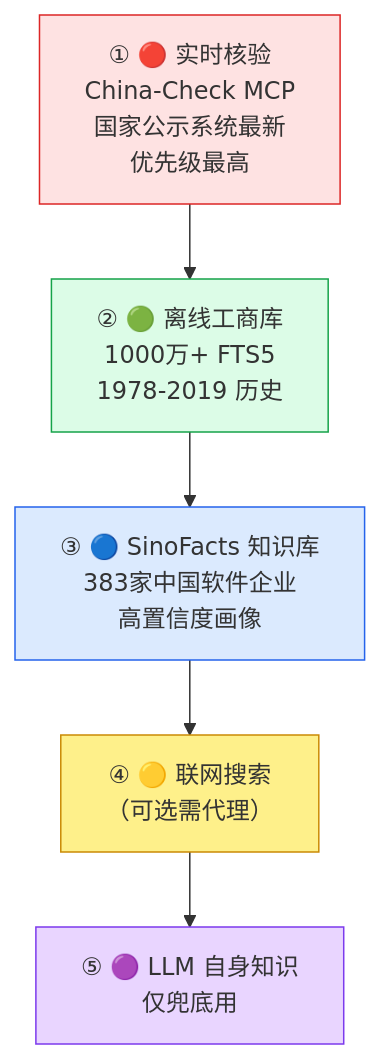
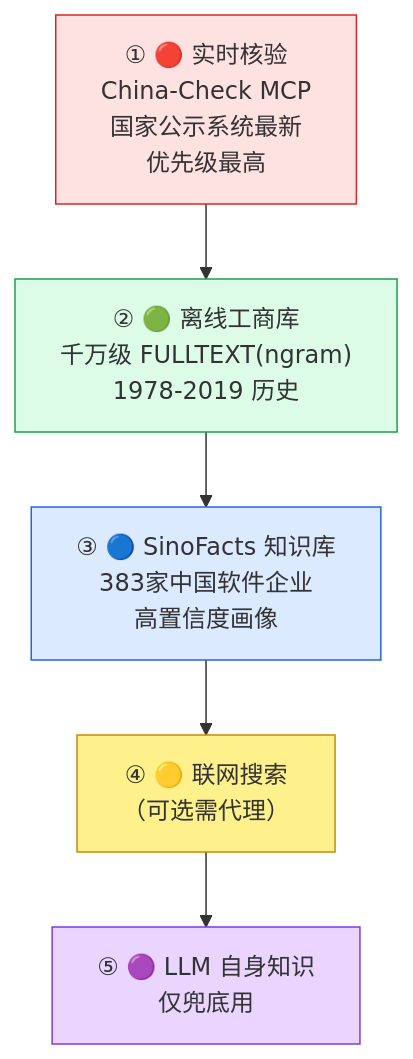
Diagram 23 of 29 in docs/getting-started.md (deep2code/geo), drawn with Mermaid before and after one commit. The commit also changed other lines of this file and 26 other files, not shown here.

````diff
--- a/docs/getting-started.md
+++ b/docs/getting-started.md
@@ -754,14 +754,14 @@
 ```mermaid
 graph TB
     P1["① 🔴 实时核验<br/>China-Check MCP<br/>国家公示系统最新<br/>优先级最高"]
-    P1 --> P2["② 🟢 离线工商库<br/>1000万+ FTS5<br/>1978-2019 历史"]
+    P1 --> P2["② 🟢 离线工商库<br/>千万级 FULLTEXT(ngram)<br/>1978-2019 历史"]
     P2 --> P3["③ 🔵 SinoFacts 知识库<br/>383家中国软件企业<br/>高置信度画像"]
     P3 --> P4["④ 🟡 联网搜索<br/>（可选需代理）"]
     P4 --> P5["⑤ 🟣 LLM 自身知识<br/>仅兜底用"]
 
     style P1 fill:#fee2e2,stroke:#dc2626
     style P2 fill:#dcfce7,stroke:#16a34a
     style P3 fill:#dbeafe,stroke:#2563eb
     style P4 fill:#fef08a,stroke:#ca8a04
     style P5 fill:#e9d5ff,stroke:#7c3aed
 ```
````
